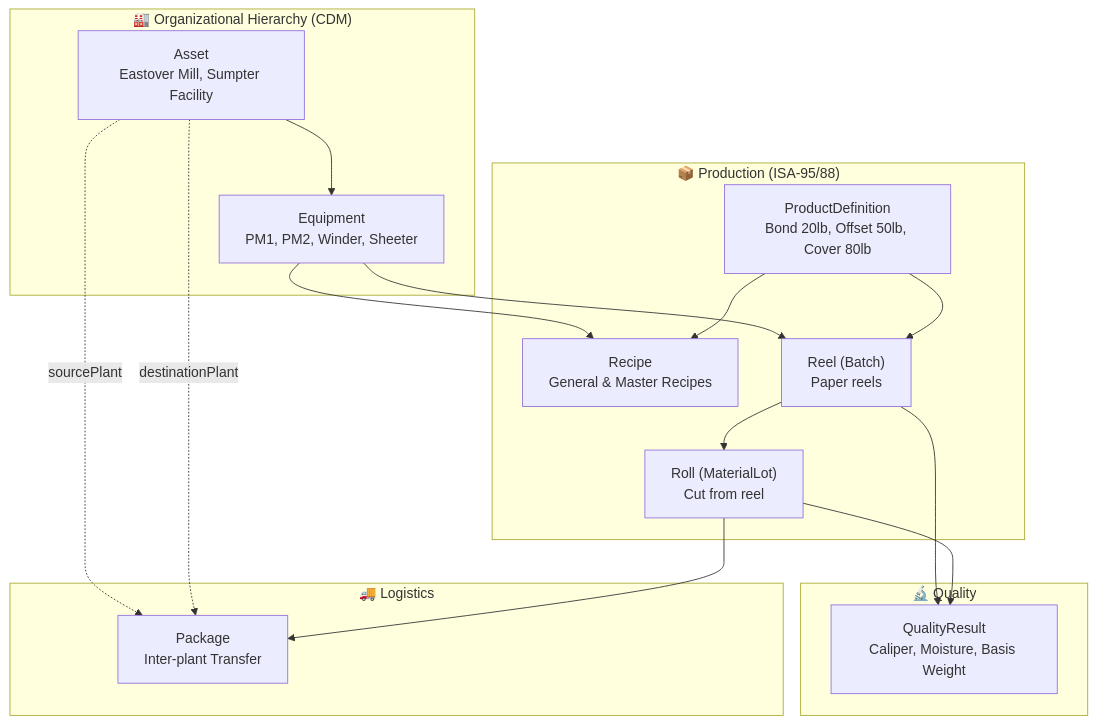
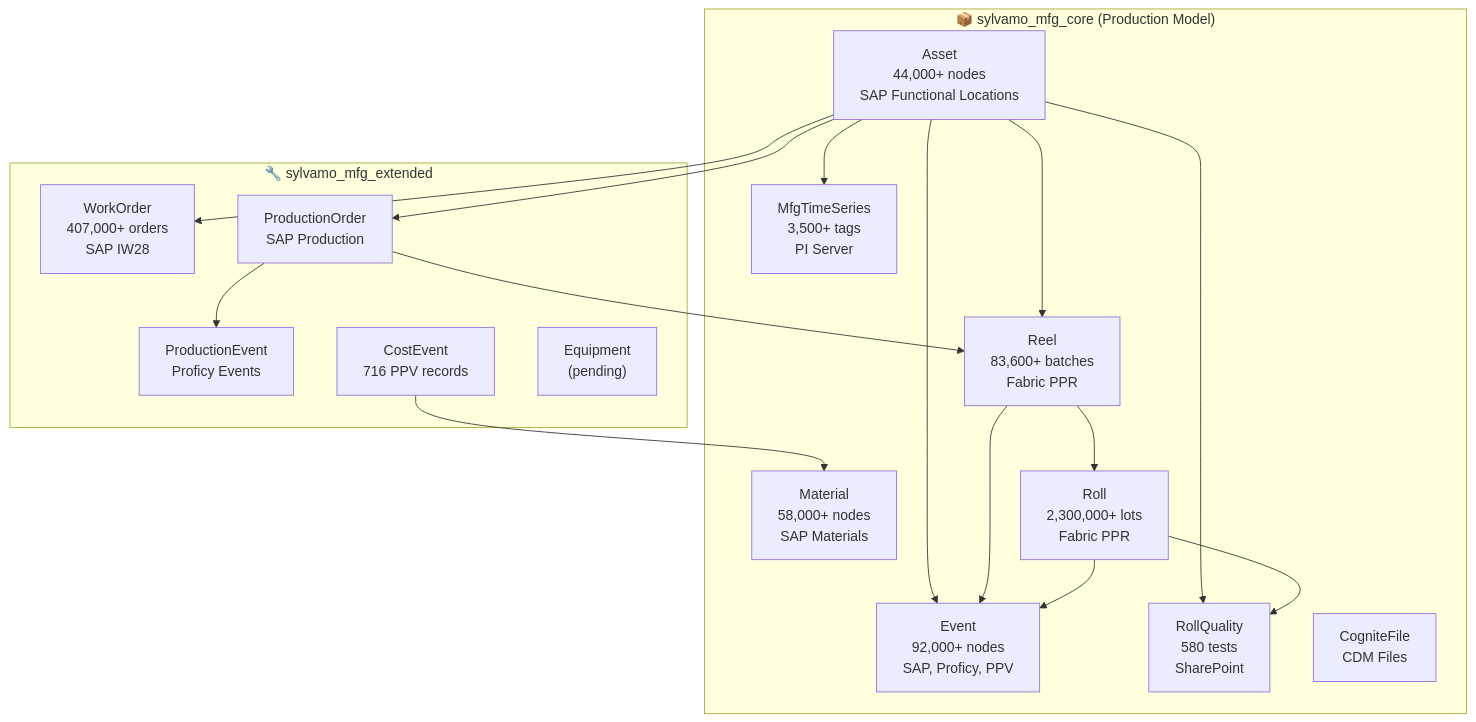
One commit to fbarsoba-cognite/sylvamo-project-documentation changed the third of 4 diagrams in README.md. Above: the diagram before and after it, drawn with Mermaid. The commit also changed other lines of this file, not shown here.

First line of the commit message:
Update README with current CDF data model state

````diff
--- a/README.md
+++ b/README.md
@@ -145,34 +222,36 @@
 ```mermaid
 flowchart TB
-    subgraph Organizational["🏭 Organizational Hierarchy (CDM)"]
-        Asset["Asset<br/>Eastover Mill, Sumpter Facility"]
-        Equipment["Equipment<br/>PM1, PM2, Winder, Sheeter"]
+    subgraph Core["📦 sylvamo_mfg_core (Production Model)"]
+        Asset["Asset<br/>44,000+ nodes<br/>SAP Functional Locations"]
+        Event["Event<br/>92,000+ nodes<br/>SAP, Proficy, PPV"]
+        Material["Material<br/>58,000+ nodes<br/>SAP Materials"]
+        MfgTimeSeries["MfgTimeSeries<br/>3,500+ tags<br/>PI Server"]
+        Reel["Reel<br/>83,600+ batches<br/>Fabric PPR"]
+        Roll["Roll<br/>2,300,000+ lots<br/>Fabric PPR"]
+        RollQuality["RollQuality<br/>580 tests<br/>SharePoint"]
+        CogniteFile["CogniteFile<br/>CDM Files"]
     end
 
-    subgraph Production["📦 Production (ISA-95/88)"]
-        ProductDefinition["ProductDefinition<br/>Bond 20lb, Offset 50lb, Cover 80lb"]
-        Recipe["Recipe<br/>General & Master Recipes"]
-        Reel["Reel (Batch)<br/>Paper reels"]
-        Roll["Roll (MaterialLot)<br/>Cut from reel"]
+    subgraph Extended["🔧 sylvamo_mfg_extended"]
+        WorkOrder["WorkOrder<br/>407,000+ orders<br/>SAP IW28"]
+        ProductionOrder["ProductionOrder<br/>SAP Production"]
+        ProductionEvent["ProductionEvent<br/>Proficy Events"]
+        CostEvent["CostEvent<br/>716 PPV records"]
+        Equipment["Equipment<br/>(pending)"]
     end
 
-    subgraph Quality["🔬 Quality"]
-        QualityResult["QualityResult<br/>Caliper, Moisture, Basis Weight"]
-    end
+    Asset --> Reel
+    Asset --> Event
+    Asset --> MfgTimeSeries
+    Asset --> RollQuality
+    Reel --> Roll
+    Roll --> RollQuality
+    Reel --> Event
+    Roll --> Event
 
-    subgraph Logistics["🚚 Logistics"]
-        Package["Package<br/>Inter-plant Transfer"]
-    end
-
-    Asset --> Equipment
-    Asset -.->|sourcePlant| Package
-    Asset -.->|destinationPlant| Package
-    Equipment --> Reel
-    Equipment --> Recipe
-    ProductDefinition --> Recipe
-    ProductDefinition --> Reel
-    Reel --> Roll
-    Reel --> QualityResult
-    Roll --> QualityResult
-    Roll --> Package
+    Asset --> WorkOrder
+    Asset --> ProductionOrder
+    ProductionOrder --> ProductionEvent
+    ProductionOrder --> Reel
+    CostEvent --> Material
 ```
````
